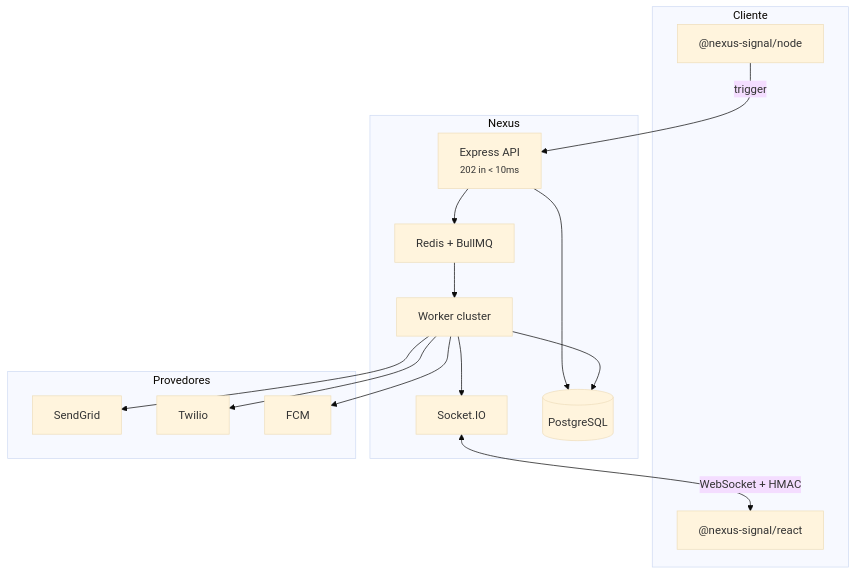
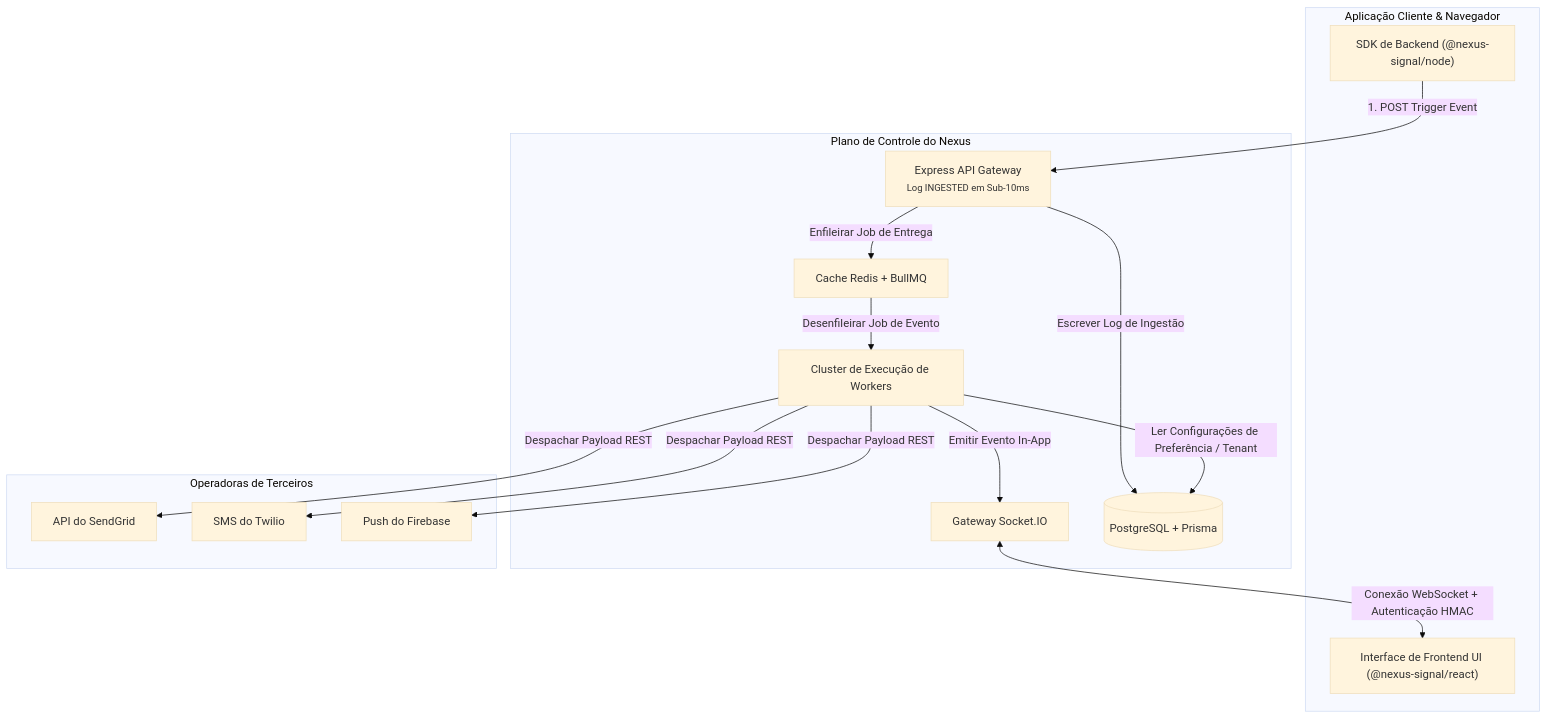
One commit to KriyanshKhunt/nexus_docs changed the diagram in content/docs/pt/platform/concepts/architecture.mdx. Above: the diagram before and after it, drawn with Mermaid (base theme). The commit also changed other lines of this file and 31 other files, not shown here.

````diff
--- a/content/docs/pt/platform/concepts/architecture.mdx
+++ b/content/docs/pt/platform/concepts/architecture.mdx
@@ -8,30 +14,30 @@
 ```mermaid
 flowchart TB
-  subgraph Client [Cliente]
-    SDK["@nexus-signal/node"]
-    UI["@nexus-signal/react"]
+  subgraph Client [Aplicação Cliente & Navegador]
+    SDK["SDK de Backend (@nexus-signal/node)"]
+    UI["Interface de Frontend UI (@nexus-signal/react)"]
   end
 
-  subgraph Nexus [Nexus]
-    API["Express API<br/><small>202 in &lt; 10ms</small>"]
-    Q["Redis + BullMQ"]
-    W["Worker cluster"]
-    WS["Socket.IO"]
-    DB[(PostgreSQL)]
+  subgraph Nexus [Plano de Controle do Nexus]
+    API["Express API Gateway<br/><small>Log INGESTED em Sub-10ms</small>"]
+    Q["Cache Redis + BullMQ"]
+    W["Cluster de Execução de Workers"]
+    WS["Gateway Socket.IO"]
+    DB[(PostgreSQL + Prisma)]
   end
 
-  subgraph Providers [Provedores]
-    SG[SendGrid]
-    TW[Twilio]
-    FCM[FCM]
+  subgraph Providers [Operadoras de Terceiros]
+    SG[API do SendGrid]
+    TW[SMS do Twilio]
+    FCM[Push do Firebase]
   end
 
-  SDK -->|trigger| API
-  API --> DB
-  API --> Q
-  Q --> W
-  W --> DB
-  W --> SG & TW & FCM
-  W --> WS
-  WS <-->|WebSocket + HMAC| UI
+  SDK -->|1. POST Trigger Event| API
+  API -->|Escrever Log de Ingestão| DB
+  API -->|Enfileirar Job de Entrega| Q
+  Q -->|Desenfileirar Job de Evento| W
+  W -->|Ler Configurações de Preferência / Tenant| DB
+  W -->|Despachar Payload REST| SG & TW & FCM
+  W -->|Emitir Evento In-App| WS
+  WS <-->|Conexão WebSocket + Autenticação HMAC| UI
 ```
````
